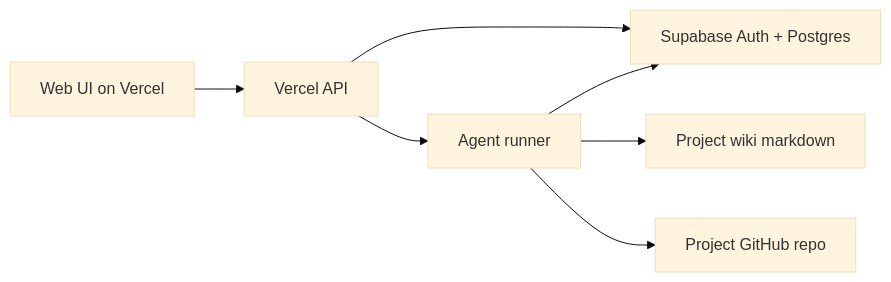
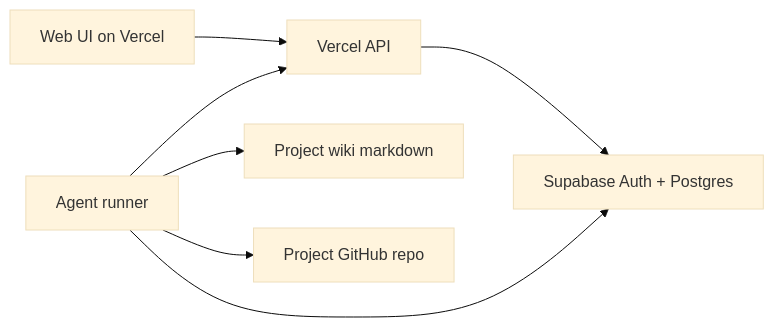
Before and after one commit to LAF-labs/LAF-Agents-Office: the diagram in docs/specs/HOSTED-PRODUCT-BOUNDARY.md, drawn with Mermaid (base theme). The commit also changed other lines of this file and 36 other files, not shown here.

````diff
--- a/docs/specs/HOSTED-PRODUCT-BOUNDARY.md
+++ b/docs/specs/HOSTED-PRODUCT-BOUNDARY.md
@@ -22,9 +22,9 @@
 ```mermaid
 flowchart LR
   Browser["Web UI on Vercel"] --> API["Vercel API"]
   API --> DB["Supabase Auth + Postgres"]
-  API --> Runner["Agent runner"]
+  Runner["Agent runner"] --> API
+  Runner --> DB
   Runner --> Wiki["Project wiki markdown"]
   Runner --> GitHub["Project GitHub repo"]
-  Runner --> DB
 ```
````
